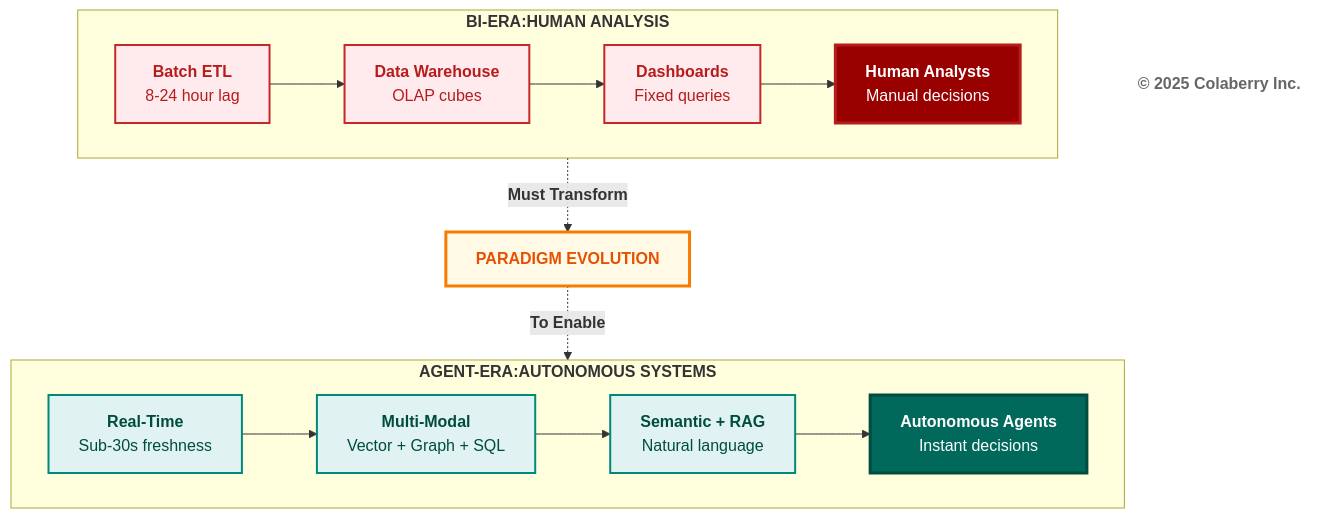
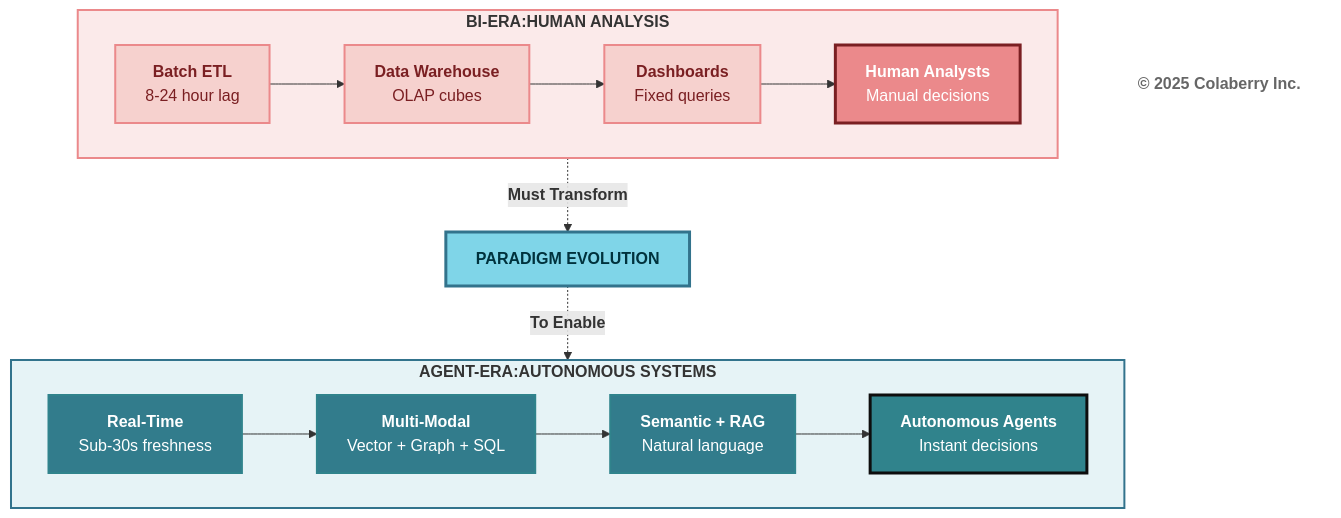
Before and after one commit to saitejesh-cyber/trust-before-intelligence-book: the third of 4 diagrams in manuscript/04_chapter_3_from_bi_to_agent.md, drawn with Mermaid. The commit also changed other lines of this file, not shown here.

Commit message:
Update mermaid diagrams as per new coloberry color and contrast ratio for chapter 4

````diff
--- a/manuscript/04_chapter_3_from_bi_to_agent.md
+++ b/manuscript/04_chapter_3_from_bi_to_agent.md
@@ -200,47 +204,48 @@
 ```mermaid
 graph TB
     subgraph old["<b>BI-ERA:HUMAN ANALYSIS</b>"]
         direction LR
         O1["<b>Batch ETL</b><br/>8-24 hour lag"]
         O2["<b>Data Warehouse</b><br/>OLAP cubes"]
         O3["<b>Dashboards</b><br/>Fixed queries"]
         O4["<b>Human Analysts</b><br/>Manual decisions"]
         
         O1 --> O2 --> O3 --> O4
     end
     
     Shift["<b>PARADIGM EVOLUTION</b>"]
     
     subgraph new["<b>AGENT-ERA:AUTONOMOUS     SYSTEMS</b>"]
         direction LR
         N1["<b>Real-Time</b><br/>Sub-30s freshness"]
         N2["<b>Multi-Modal</b><br/>Vector + Graph + SQL"]
         N3["<b>Semantic + RAG</b><br/>Natural language"]
         N4["<b>Autonomous Agents</b><br/>Instant decisions"]
         
         N1 --> N2 --> N3 --> N4
     end
-    
-    Copyright["<b>© 2025 Colaberry Inc.</b>"]
-    
+
     old -.->|<b>Must Transform</b>| Shift
     Shift -.->|<b>To Enable</b>| new
-    
-    %% BI-Era (Red - Problems/Old Approach)
-    style O1 fill:#ffebee,stroke:#c62828,stroke-width:2px,color:#b71c1c
-    style O2 fill:#ffebee,stroke:#c62828,stroke-width:2px,color:#b71c1c
-    style O3 fill:#ffebee,stroke:#c62828,stroke-width:2px,color:#b71c1c
-    style O4 fill:#990000,color:#ffffff,stroke:#b71c1c,stroke-width:3px
-    
-    %% Agent-Era (Teal - Solutions/Modern Approach)
-    style N1 fill:#e0f2f1,stroke:#00897b,stroke-width:2px,color:#004d40
-    style N2 fill:#e0f2f1,stroke:#00897b,stroke-width:2px,color:#004d40
-    style N3 fill:#e0f2f1,stroke:#00897b,stroke-width:2px,color:#004d40
-    style N4 fill:#00695c,color:#ffffff,stroke:#004d40,stroke-width:3px
-    
-    %% Transition Element
-    style Shift fill:#fff9e6,stroke:#f57c00,stroke-width:3px,color:#e65100
-    
-    %% Copyright
+
+    %% BI ERA — Problems / Failures (CORAL)
+    style old fill:#FBEAEA,stroke:#EB898B,stroke-width:2px
+    style O1 fill:#F6D1CE,stroke:#EB898B,stroke-width:2px,color:#7A1F22
+    style O2 fill:#F6D1CE,stroke:#EB898B,stroke-width:2px,color:#7A1F22
+    style O3 fill:#F6D1CE,stroke:#EB898B,stroke-width:2px,color:#7A1F22
+    style O4 fill:#EB898B,color:#ffffff,stroke:#7A1F22,stroke-width:3px
+
+    %% TRANSITION — Neutral / Informative (LIGHT CYAN)
+    style Shift fill:#7FD5E8,stroke:#32738C,stroke-width:3px,color:#00323D
+
+    %% AGENT ERA — Solutions / Modern (TEAL)
+    style new fill:#E6F3F6,stroke:#32738C,stroke-width:2px
+    style N1 fill:#327C8C,stroke:#30838C,stroke-width:2px,color:#ffffff
+    style N2 fill:#327C8C,stroke:#30838C,stroke-width:2px,color:#ffffff
+    style N3 fill:#327C8C,stroke:#30838C,stroke-width:2px,color:#ffffff
+    style N4 fill:#30838C,color:#ffffff,stroke:#0D0D0D,stroke-width:3px
+
+    %% COPYRIGHT — Neutral
+    Copyright["<b>© 2025 Colaberry Inc.</b>"]
     style Copyright fill:#ffffff,stroke:none,color:#666666
 ```
````
